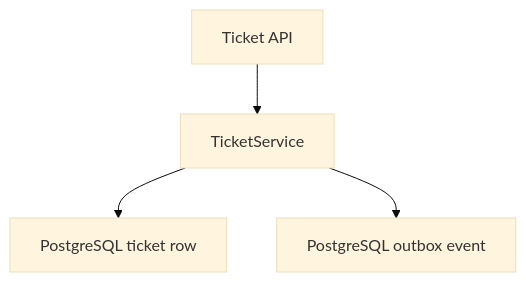
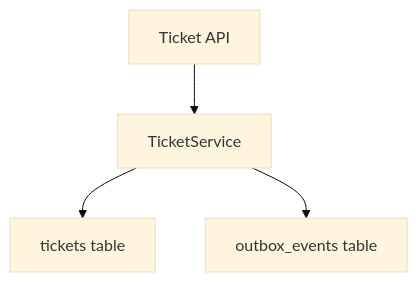
Before and after one commit to melika-kheirieh/fastapi-ticket-search-service: the first of 3 diagrams in README.md, drawn with Mermaid (base theme). The commit also changed other lines of this file and 4 other files, not shown here.

`````diff
--- a/README.md
+++ b/README.md
@@ -72,6 +69,6 @@
 ```mermaid
 flowchart TD
     A["Ticket API"] --> B["TicketService"]
-    B --> C["PostgreSQL ticket row"]
-    B --> D["PostgreSQL outbox event"]
-```
+    B --> C["tickets table"]
+    B --> D["outbox_events table"]
+````
`````
